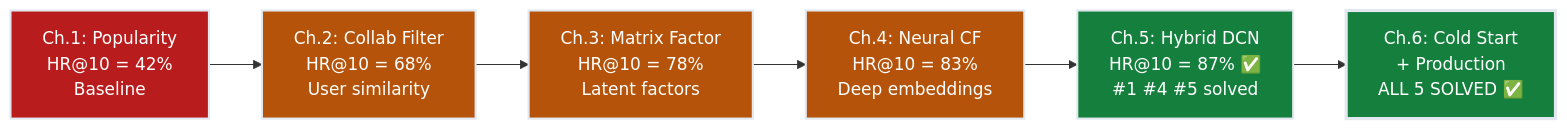
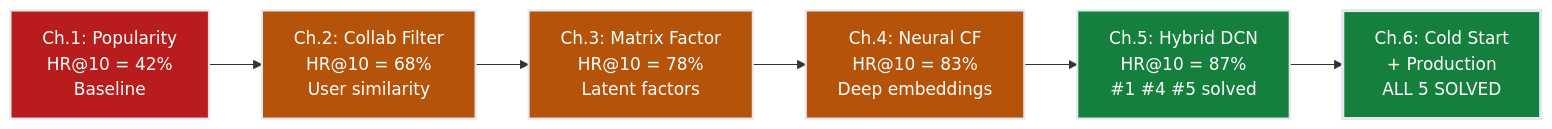
One commit to dsgouda7/ai-portfolio changed the fourth of 4 diagrams in notes/01-ml/04-recommender-systems/ch06_cold_start_production/README.md. Above: the diagram before and after it, drawn with Mermaid. The commit also changed other lines of this file and 179 other files, not shown here.

````diff
--- a/notes/01-ml/04-recommender-systems/ch06_cold_start_production/README.md
+++ b/notes/01-ml/04-recommender-systems/ch06_cold_start_production/README.md
@@ -1000,15 +1000,15 @@
 ```mermaid
 flowchart LR
-    CH1["Ch.1: Popularity<br/>HR@10 = 42%<br/>Baseline"] --> CH2["Ch.2: Collab Filter<br/>HR@10 = 68%<br/>User similarity"]
-    CH2 --> CH3["Ch.3: Matrix Factor<br/>HR@10 = 78%<br/>Latent factors"]
-    CH3 --> CH4["Ch.4: Neural CF<br/>HR@10 = 83%<br/>Deep embeddings"]
-    CH4 --> CH5["Ch.5: Hybrid DCN<br/>HR@10 = 87% ✅<br/>#1 #4 #5 solved"]
-    CH5 --> CH6["Ch.6: Cold Start<br/>+ Production<br/>ALL 5 SOLVED ✅"]
+ CH1["Ch.1: Popularity<br/>HR@10 = 42%<br/>Baseline"] --> CH2["Ch.2: Collab Filter<br/>HR@10 = 68%<br/>User similarity"]
+ CH2 --> CH3["Ch.3: Matrix Factor<br/>HR@10 = 78%<br/>Latent factors"]
+ CH3 --> CH4["Ch.4: Neural CF<br/>HR@10 = 83%<br/>Deep embeddings"]
+ CH4 --> CH5["Ch.5: Hybrid DCN<br/>HR@10 = 87% <br/>#1 #4 #5 solved"]
+ CH5 --> CH6["Ch.6: Cold Start<br/>+ Production<br/>ALL 5 SOLVED "]
 
-    style CH1 fill:#b91c1c,stroke:#e2e8f0,stroke-width:2px,color:#ffffff
-    style CH2 fill:#b45309,stroke:#e2e8f0,stroke-width:2px,color:#ffffff
-    style CH3 fill:#b45309,stroke:#e2e8f0,stroke-width:2px,color:#ffffff
-    style CH4 fill:#b45309,stroke:#e2e8f0,stroke-width:2px,color:#ffffff
-    style CH5 fill:#15803d,stroke:#e2e8f0,stroke-width:2px,color:#ffffff
-    style CH6 fill:#15803d,stroke:#e2e8f0,stroke-width:3px,color:#ffffff
+ style CH1 fill:#b91c1c,stroke:#e2e8f0,stroke-width:2px,color:#ffffff
+ style CH2 fill:#b45309,stroke:#e2e8f0,stroke-width:2px,color:#ffffff
+ style CH3 fill:#b45309,stroke:#e2e8f0,stroke-width:2px,color:#ffffff
+ style CH4 fill:#b45309,stroke:#e2e8f0,stroke-width:2px,color:#ffffff
+ style CH5 fill:#15803d,stroke:#e2e8f0,stroke-width:2px,color:#ffffff
+ style CH6 fill:#15803d,stroke:#e2e8f0,stroke-width:3px,color:#ffffff
 ```
````
